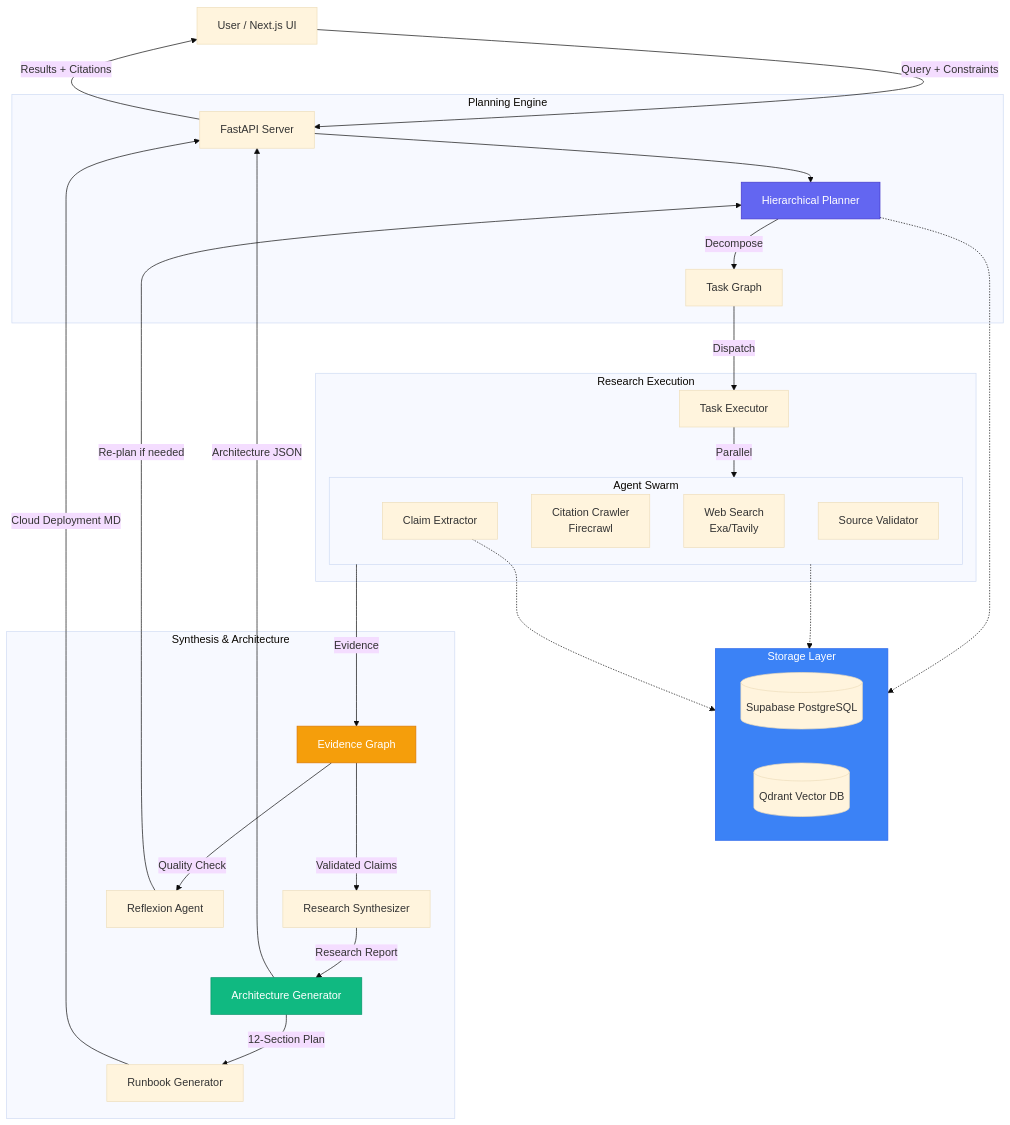
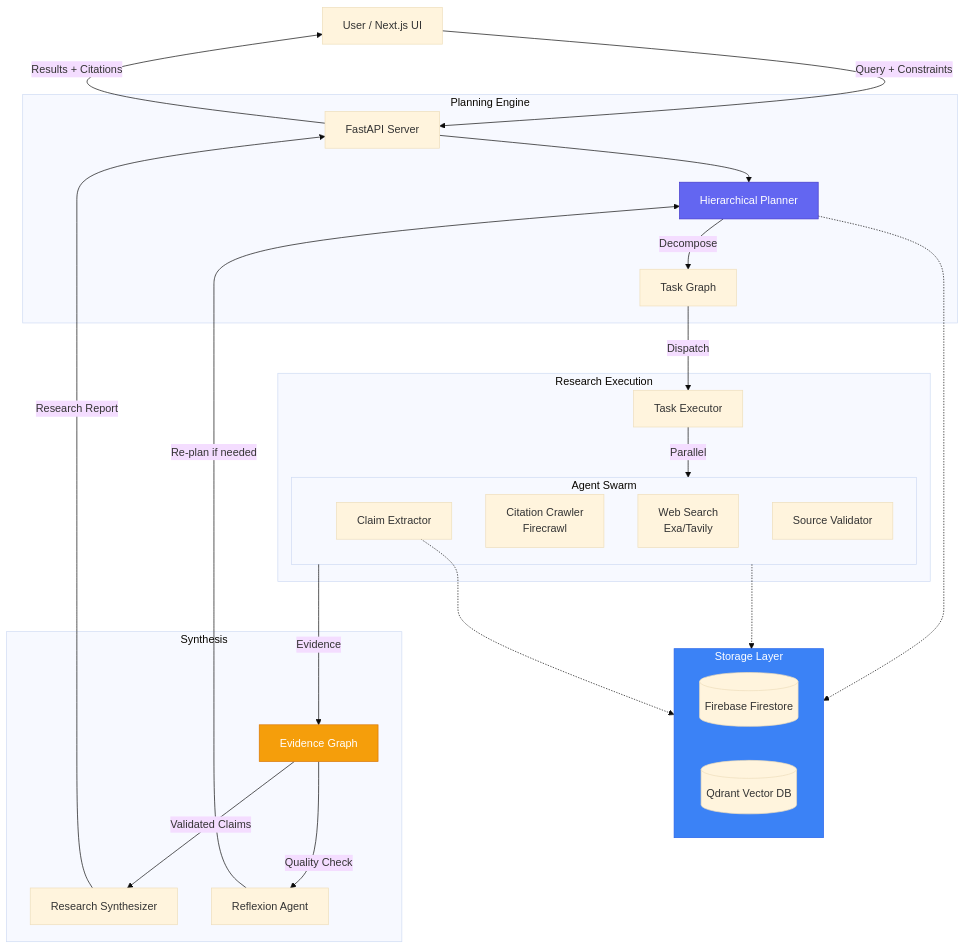
The diagram in README.md (Chirag-agg/Research_Agent), drawn with Mermaid (base theme) before and after one commit. The commit also changed other lines of this file and 1 other file, not shown here.

````diff
--- a/README.md
+++ b/README.md
@@ -57,50 +51,40 @@
 ```mermaid
 flowchart TB
-    User[User / Next.js UI] --> |"Query + Constraints"| API[FastAPI Server]
+   User[User / Next.js UI] --> |"Query + Constraints"| API[FastAPI Server]
 
-    subgraph Storage["Storage Layer"]
-        Supabase[(Supabase PostgreSQL)]
-        Qdrant[(Qdrant Vector DB)]
-    end
+   subgraph Storage["Storage Layer"]
+      Firestore[(Firebase Firestore)]
+      Qdrant[(Qdrant Vector DB)]
+   end
 
-    subgraph Planning["Planning Engine"]
-        API --> HPA[Hierarchical Planner]
-        HPA --> |"Decompose"| TG[Task Graph]
-    end
+   subgraph Planning["Planning Engine"]
+      API --> HPA[Hierarchical Planner]
+      HPA --> |"Decompose"| TG[Task Graph]
+   end
 
-    subgraph Execution["Research Execution"]
-        TG --> |"Dispatch"| Executor[Task Executor]
-        
-        Executor --> |"Parallel"| Agents
-        
-        subgraph Agents["Agent Swarm"]
-            WSA[Web Search<br/>Exa/Tavily]
-            CC[Citation Crawler<br/>Firecrawl]
-            CE[Claim Extractor]
-            Val[Source Validator]
-        end
-    end
+   subgraph Execution["Research Execution"]
+      TG --> |"Dispatch"| Executor[Task Executor]
+      Executor --> |"Parallel"| Agents
+      subgraph Agents["Agent Swarm"]
+         WSA[Web Search<br/>Exa/Tavily]
+         CC[Citation Crawler<br/>Firecrawl]
+         CE[Claim Extractor]
+         Val[Source Validator]
+      end
+   end
 
-    subgraph Analysis["Synthesis & Architecture"]
-        Agents --> |"Evidence"| EG[Evidence Graph]
-        EG --> |"Validated Claims"| Syn[Research Synthesizer]
-        
-        Syn --> |"Research Report"| AG[Architecture Generator]
-        AG --> |"12-Section Plan"| RG[Runbook Generator]
-        
-        EG --> |"Quality Check"| Ref[Reflexion Agent]
-        Ref --> |"Re-plan if needed"| HPA
-    end
+   subgraph Analysis["Synthesis"]
+      Agents --> |"Evidence"| EG[Evidence Graph]
+      EG --> |"Validated Claims"| Syn[Research Synthesizer]
+      Syn --> |"Research Report"| API
+      EG --> |"Quality Check"| Ref[Reflexion Agent]
+      Ref --> |"Re-plan if needed"| HPA
+   end
 
-    AG --> |"Architecture JSON"| API
-    RG --> |"Cloud Deployment MD"| API
-    API --> |"Results + Citations"| User
-    
-    %% Storage connections
-    HPA & Agents & CE -.-> Storage
+   API --> |"Results + Citations"| User
+   HPA & Agents & CE -.-> Storage
 
-    style HPA fill:#6366f1,stroke:#4338ca,color:#fff
-    style AG fill:#10b981,stroke:#059669,color:#fff
-    style EG fill:#f59e0b,stroke:#d97706,color:#fff
-    style Storage fill:#3b82f6,stroke:#2563eb,color:#fff
+   style HPA fill:#6366f1,stroke:#4338ca,color:#fff
+   style EG fill:#f59e0b,stroke:#d97706,color:#fff
+   style Storage fill:#3b82f6,stroke:#2563eb,color:#fff
 ```
````
